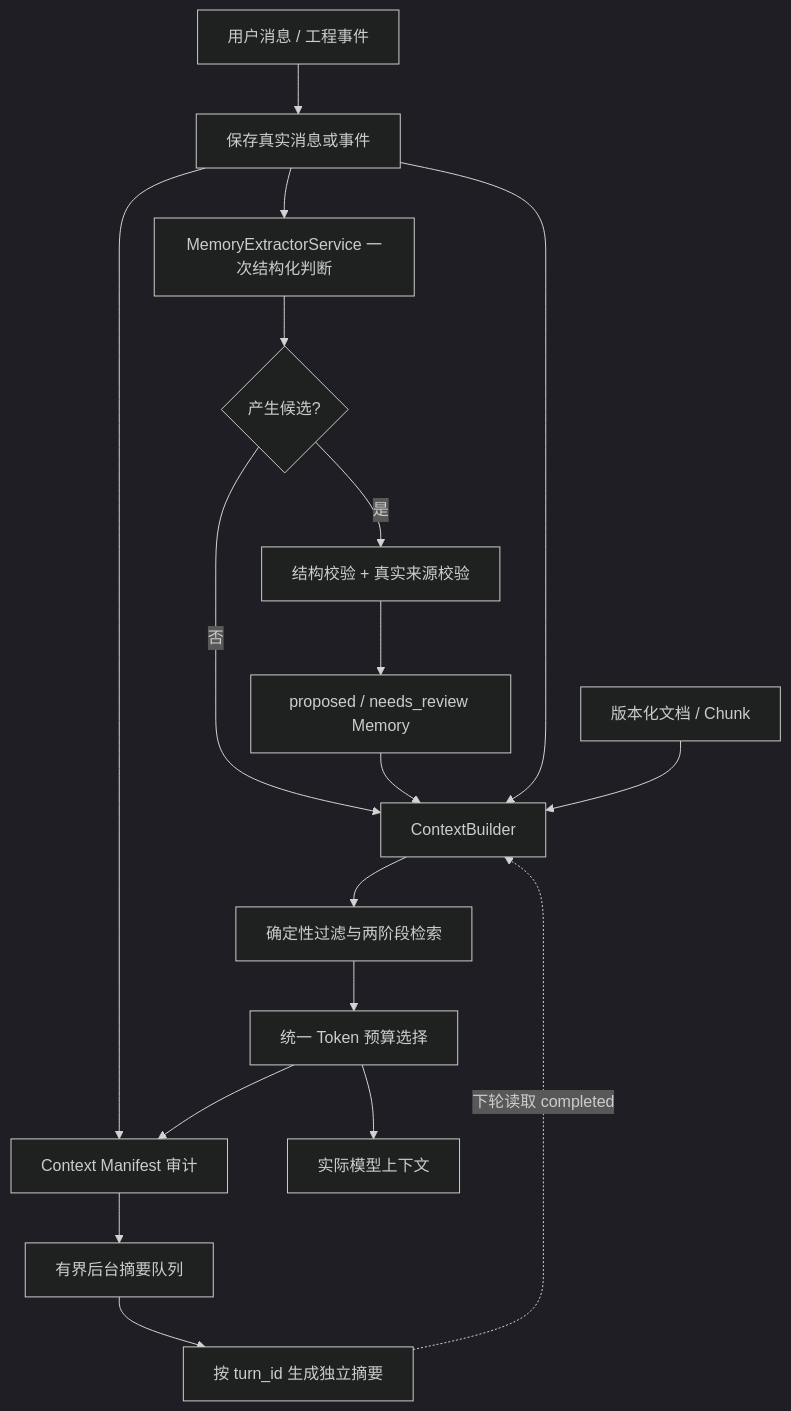
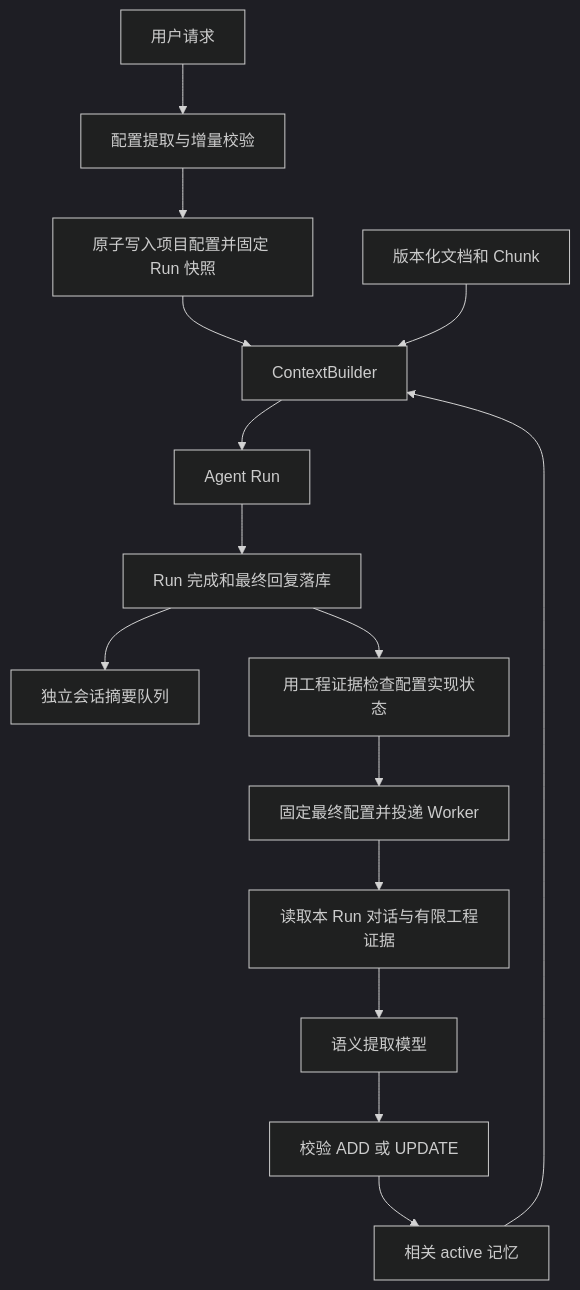
Before and after one commit to yaowensial-g/chipDesignAgent: the diagram in docs/context-and-memory.md, drawn with Mermaid (dark theme). The commit also changed other lines of this file and 35 other files, not shown here.

Commit message:
feat: add project configuration and run-level memory extraction

````diff
--- a/docs/context-and-memory.md
+++ b/docs/context-and-memory.md
@@ -20,20 +20,17 @@
 ```mermaid
 flowchart TD
-    U[用户消息 / 工程事件] --> P[保存真实消息或事件]
-    P --> E[MemoryExtractorService 一次结构化判断]
-    E --> X{产生候选?}
-    X -- 否 --> C[ContextBuilder]
-    X -- 是 --> V[结构校验 + 真实来源校验]
-    V --> M[proposed / needs_review Memory]
-    M --> C
-    P --> C
-    P --> A[最终 Assistant Response 持久化]
-    A --> S[有界后台摘要队列]
-    S --> R[按 turn_id 生成独立摘要]
-    R -. 下轮读取 completed .-> C
-    D[版本化文档 / Chunk] --> C
-    C --> F[确定性过滤与两阶段检索]
-    F --> B[统一 Token 预算选择]
-    B --> Q[实际模型上下文]
-    B --> A[Context Manifest 审计]
+    U[用户请求] --> P[配置提取与增量校验]
+    P --> W[原子写入项目配置并固定 Run 快照]
+    W --> C[ContextBuilder]
+    D[版本化文档和 Chunk] --> C
+    M[相关 active 记忆] --> C
+    C --> R[Agent Run]
+    R --> F[Run 完成和最终回复落库]
+    F --> S[独立会话摘要队列]
+    F --> V[用工程证据检查配置实现状态]
+    V --> E[固定最终配置并投递 Worker]
+    E --> L[读取本 Run 对话与有限工程证据]
+    L --> J[语义提取模型]
+    J --> A[校验 ADD 或 UPDATE]
+    A --> M
 ```
````
